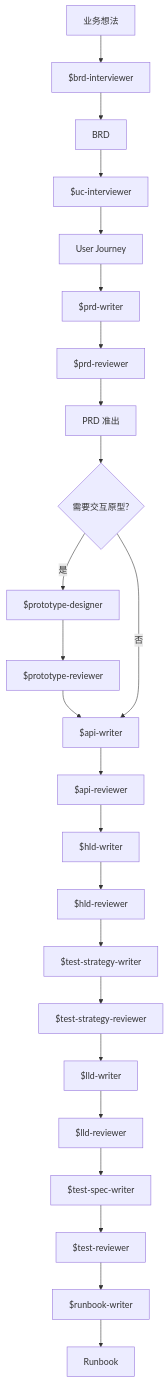
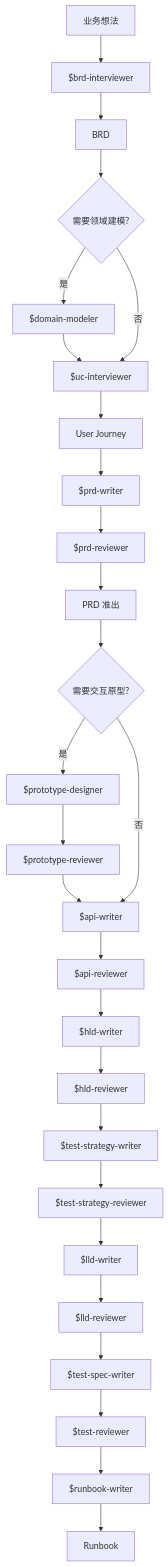
Before and after one commit to GainFactor/GainFactor-Plugins: the second of 4 diagrams in plugins/gainfactor-pm/README.md, drawn with Mermaid. The commit also changed other lines of this file and 47 other files, not shown here.

````diff
--- a/plugins/gainfactor-pm/README.md
+++ b/plugins/gainfactor-pm/README.md
@@ -56,26 +56,29 @@
 ```mermaid
 flowchart TD
     A[业务想法] --> B["$brd-interviewer"]
     B --> C[BRD]
-    C --> D["$uc-interviewer"]
+    C --> X{需要领域建模?}
+    X -->|是| Y["$domain-modeler"]
+    Y --> D["$uc-interviewer"]
+    X -->|否| D
     D --> E[User Journey]
     E --> F["$prd-writer"]
     F --> G["$prd-reviewer"]
     G --> H[PRD 准出]
     H --> I{需要交互原型?}
     I -->|是| J["$prototype-designer"]
     J --> K["$prototype-reviewer"]
     K --> L["$api-writer"]
     I -->|否| L
     L --> M["$api-reviewer"]
     M --> N["$hld-writer"]
     N --> O["$hld-reviewer"]
     O --> P["$test-strategy-writer"]
     P --> Q["$test-strategy-reviewer"]
     Q --> R["$lld-writer"]
     R --> S["$lld-reviewer"]
     S --> T["$test-spec-writer"]
     T --> U["$test-reviewer"]
     U --> V["$runbook-writer"]
     V --> W[Runbook]
 ```
````
